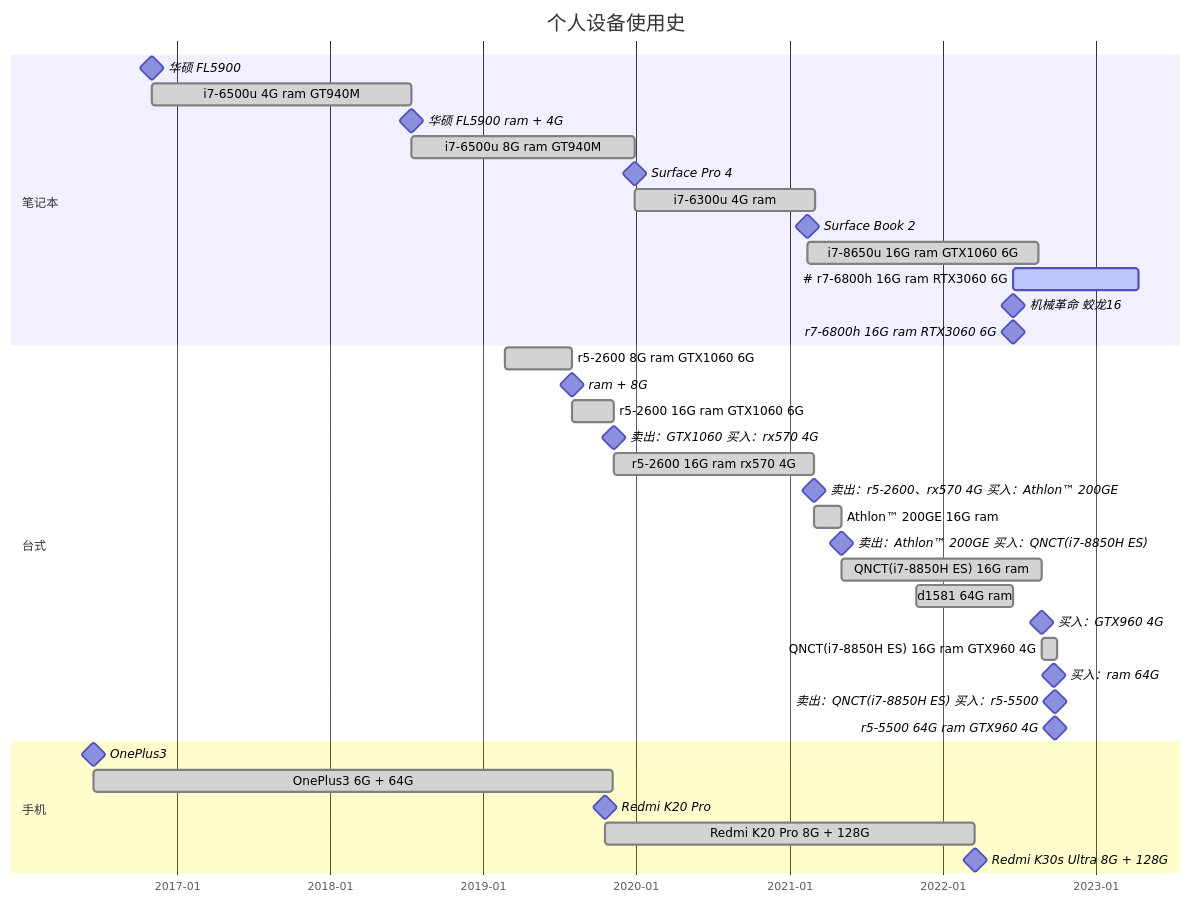
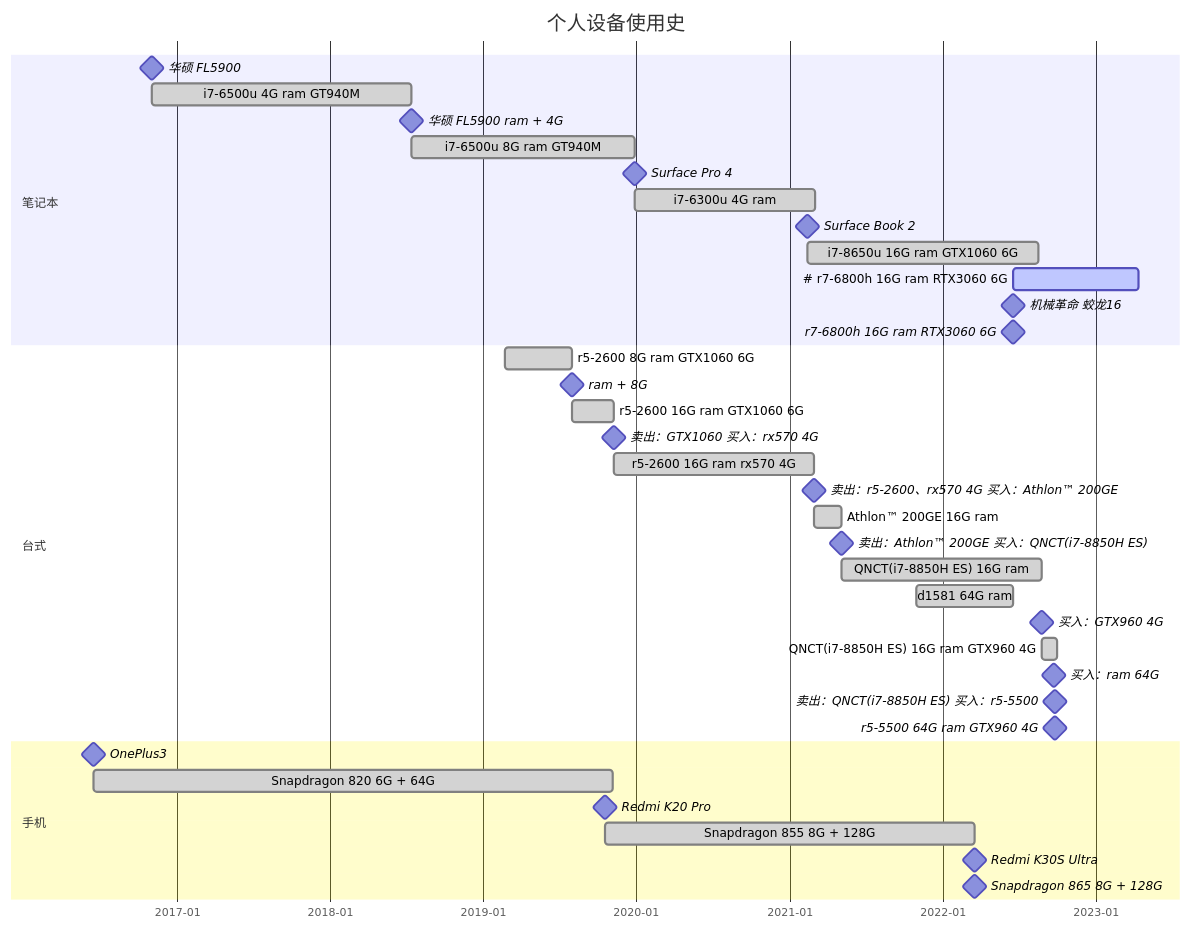
One commit to xuanyabulema/xuanyabulema.github.io changed the diagram in source/microchip/index.md. Above: the diagram before and after it, drawn with Mermaid.

````diff
--- a/source/microchip/index.md
+++ b/source/microchip/index.md
@@ -13,43 +13,44 @@
 ```mermaid
 gantt
     title 个人设备使用史
     dateFormat  YYYY-MM-DD
     axisFormat  %Y-%m
     
     section 笔记本
     华硕 FL5900                                 :milestone, 2016-11-03, 0d
     i7-6500u  4G ram GT940M                     :done, 2016-11-03, 2018-07-13
     华硕 FL5900  ram + 4G                        :milestone, 2018-07-13, 0d
     i7-6500u  8G ram GT940M                     :done, 2018-07-13, 2019-12-29
     Surface Pro 4                               :milestone, 2019-12-29, 0d
     i7-6300u  4G ram                            :done, 2019-12-29, 2021-03-03
     Surface Book 2                              :milestone, 2021-02-12, 0d
     i7-8650u  16G ram  GTX1060 6G               :done, 2021-02-12, 2022-08-18
     # r7-6800h  16G ram  RTX3060 6G             :active, 2022-06-17, 300d
     机械革命 蛟龙16      :milestone, 2022-06-17, 0d
     r7-6800h  16G ram    RTX3060 6G             :milestone, 2022-06-17, 0d
     
     section 台式
     r5-2600 8G ram GTX1060 6G                   :done, 2019-02-22, 2019-08-02
     ram + 8G                                    :milestone, 2019-08-02, 0d
     r5-2600 16G ram GTX1060 6G                  :done, 2019-08-02, 2019-11-10
     卖出：GTX1060 买入：rx570 4G                  :milestone, 2019-11-10, 0d
     r5-2600 16G ram rx570 4G                    :done, 2019-11-10, 2021-03-01
     卖出：r5-2600、rx570 4G 买入：Athlon™ 200GE   :milestone, 2021-03-01, 0d
     Athlon™ 200GE 16G ram                       :done, 2021-03-01, 2021-05-04
     卖出：Athlon™ 200GE 买入：QNCT(i7-8850H ES)   :milestone, 2021-05-04, 0d
     QNCT(i7-8850H ES) 16G ram                   :done, 2021-05-04, 2022-08-25
     d1581 64G ram                               :done, 2021-10-29,2022-06-19
     买入：GTX960 4G                              :milestone, 2022-08-25, 0d
     QNCT(i7-8850H ES) 16G ram  GTX960 4G        :done, 2022-08-25, 2022-10-01
     买入：ram 64G                                :milestone, 2022-09-22, 0d
     卖出：QNCT(i7-8850H ES) 买入：r5-5500         :milestone, 2022-09-26, 0d
     r5-5500 64G ram GTX960 4G                   :milestone, 2022-09-26, 0d
     
     section 手机
     OnePlus3                                    :milestone, 2016-06-16, 0d
-    OnePlus3    6G + 64G                        :done, 2016-06-16, 2019-11-06
+    Snapdragon 820 6G + 64G                     :done, 2016-06-16, 2019-11-06
     Redmi K20 Pro                               :milestone, 2019-10-19, 0d
-    Redmi K20 Pro   8G + 128G                   :done, 2019-10-19, 2022-03-18
-    Redmi K30s Ultra  8G + 128G                 :milestone, 2022-03-18, 2d
+    Snapdragon 855  8G + 128G                   :done, 2019-10-19, 2022-03-18
+    Redmi K30S Ultra                            :milestone, 2022-03-18, 0d
+    Snapdragon 865  8G + 128G                   :milestone, 2022-03-18, 0d
 ```
````
